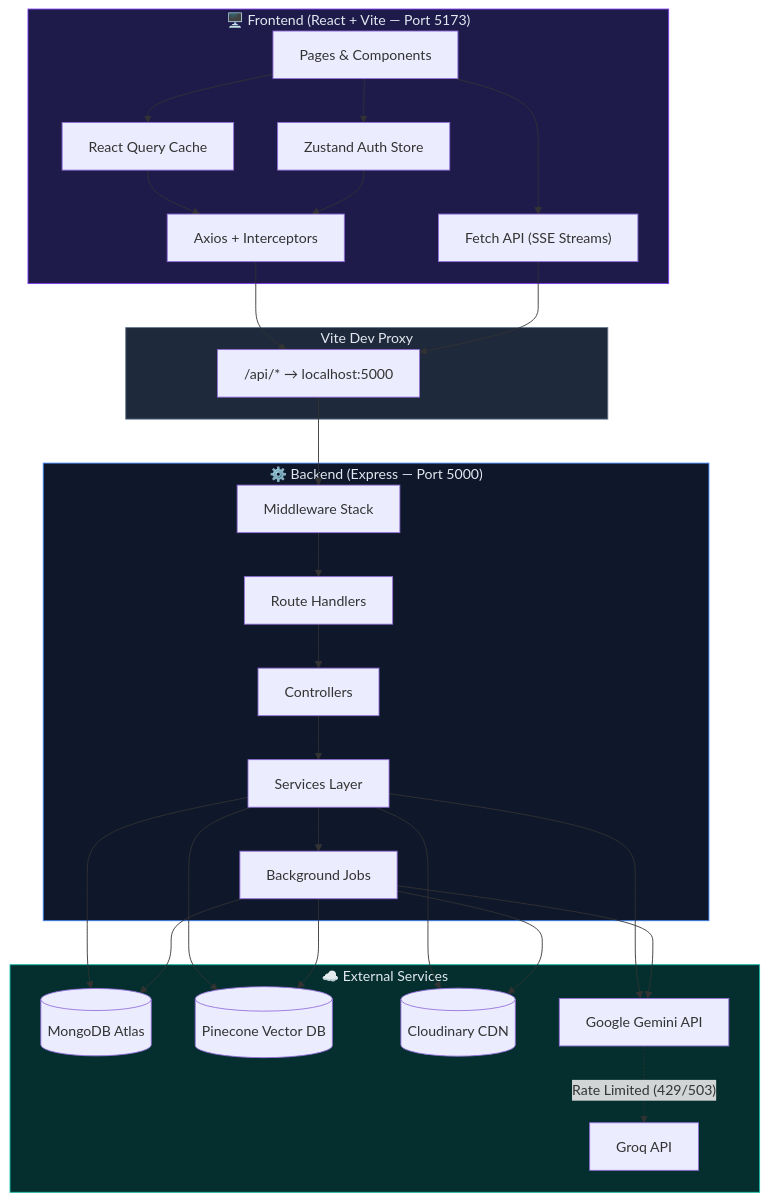
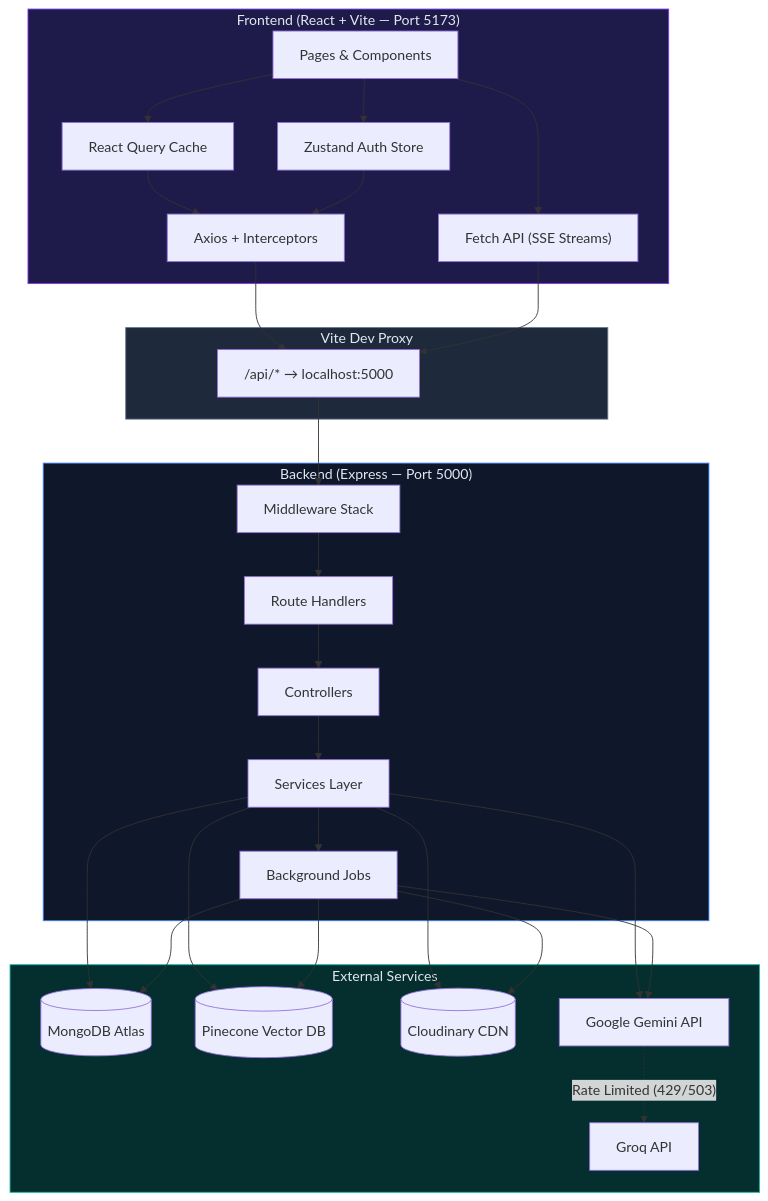
One commit to AniketB26/What-I-Signed changed the first of 9 diagrams in README.md. Above: the diagram before and after it, drawn with Mermaid. The commit also changed other lines of this file, not shown here.

Commit message:
docs: remove emojis from mermaid blocks to fix rendering

````diff
--- a/README.md
+++ b/README.md
@@ -95,57 +95,57 @@
 ```mermaid
 graph TB
-    subgraph Client["🖥️ Frontend (React + Vite — Port 5173)"]
+    subgraph Client["Frontend (React + Vite — Port 5173)"]
         UI["Pages & Components"]
         RQ["React Query Cache"]
         ZS["Zustand Auth Store"]
         AX["Axios + Interceptors"]
         FE["Fetch API (SSE Streams)"]
     end
 
     subgraph Proxy["Vite Dev Proxy"]
         VP["/api/* → localhost:5000"]
     end
 
-    subgraph Server["⚙️ Backend (Express — Port 5000)"]
+    subgraph Server["Backend (Express — Port 5000)"]
         MW["Middleware Stack"]
         RT["Route Handlers"]
         CT["Controllers"]
         SV["Services Layer"]
         JB["Background Jobs"]
     end
 
-    subgraph External["☁️ External Services"]
+    subgraph External["External Services"]
         MDB[("MongoDB Atlas")]
         PC[("Pinecone Vector DB")]
         CLD[("Cloudinary CDN")]
         GMN["Google Gemini API"]
         GRQ["Groq API"]
     end
 
     UI --> RQ
     UI --> ZS
     RQ --> AX
     ZS --> AX
     UI --> FE
     AX --> VP
     FE --> VP
     VP --> MW
     MW --> RT
     RT --> CT
     CT --> SV
     SV --> JB
     SV --> MDB
     SV --> PC
     SV --> CLD
     SV --> GMN
     GMN -.->|"Rate Limited (429/503)"| GRQ
     JB --> MDB
     JB --> PC
     JB --> CLD
     JB --> GMN
 
     style Client fill:#1e1b4b,stroke:#7c3aed,color:#e2e8f0
     style Server fill:#0f172a,stroke:#3b82f6,color:#e2e8f0
     style External fill:#042f2e,stroke:#14b8a6,color:#e2e8f0
     style Proxy fill:#1e293b,stroke:#64748b,color:#e2e8f0
 ```
````
